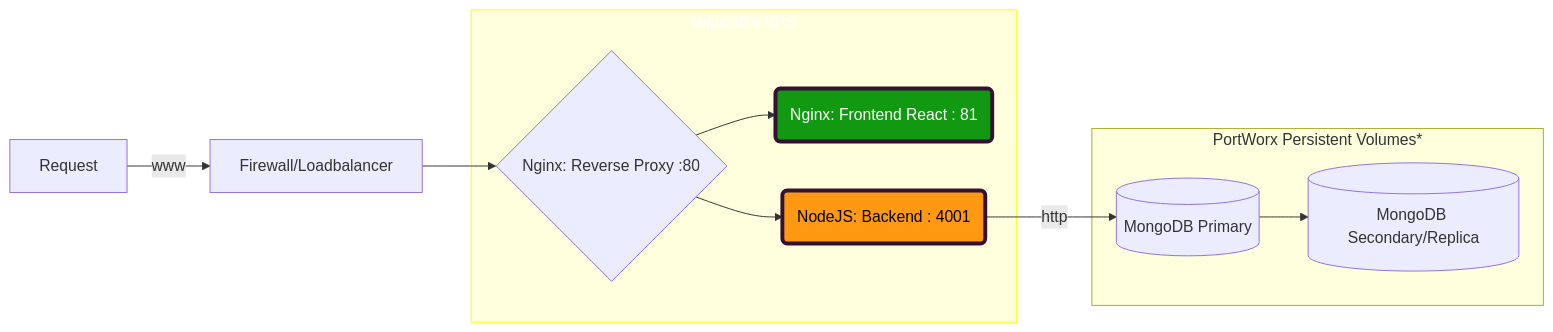
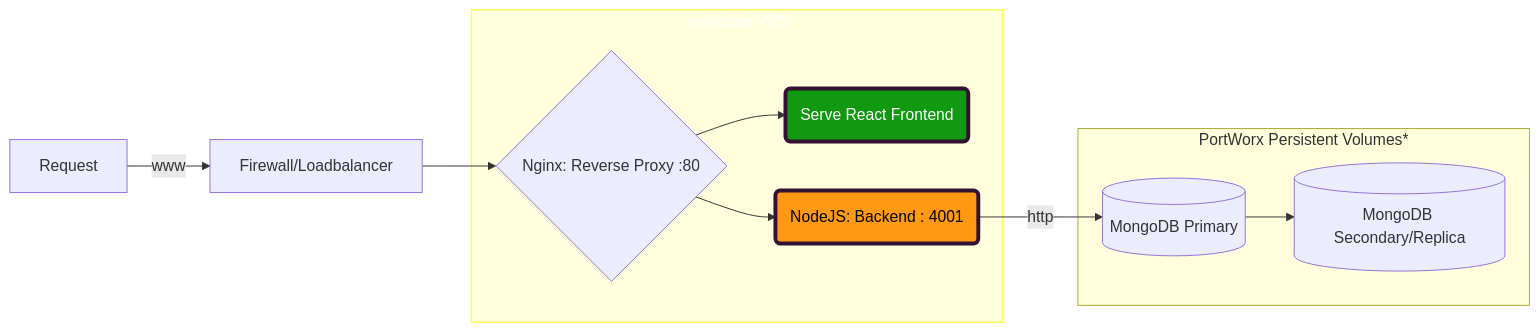
One commit to derrabauke/lecture-devops-app changed the second of 2 diagrams in concept.md. Above: the diagram before and after it, drawn with Mermaid. The commit also changed other lines of this file and 1 other file, not shown here.

````diff
--- a/concept.md
+++ b/concept.md
@@ -97,21 +102,21 @@
 ```mermaid
 graph LR
     R[Request] -->|www|C[Firewall/Loadbalancer]
       C-->RP 
       RP-->F
       RP-->B
       B-->|http|DB1
     
     subgraph subID[replicable VPS]
       RP{Nginx: Reverse Proxy :80 }
-      F(Nginx: Frontend React : 81)
+      F(Serve React Frontend)
       B(NodeJS: Backend : 4001)
     end
     subgraph PortWorx Persistent Volumes*
       DB1[(MongoDB Primary)]-->DB2
       DB2[(MongoDB Secondary/Replica)]
     end
     style subID color:white,fill:#f9ff9,stroke:yellow
     style B color:black,fill:#f91,stroke:#313,stroke-width:4px
     style F color:white,fill:#191,stroke:#313,stroke-width:4px
 ``` 
````
